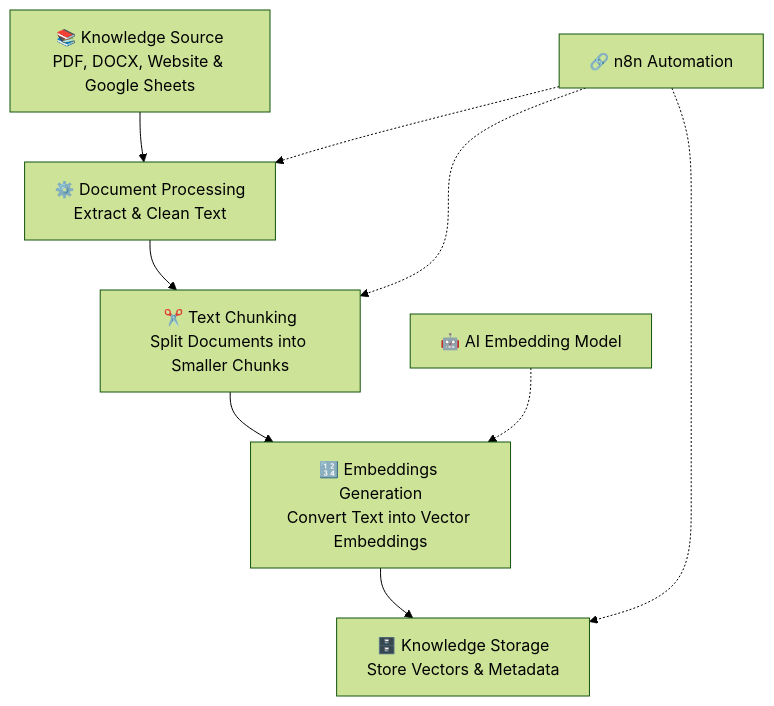
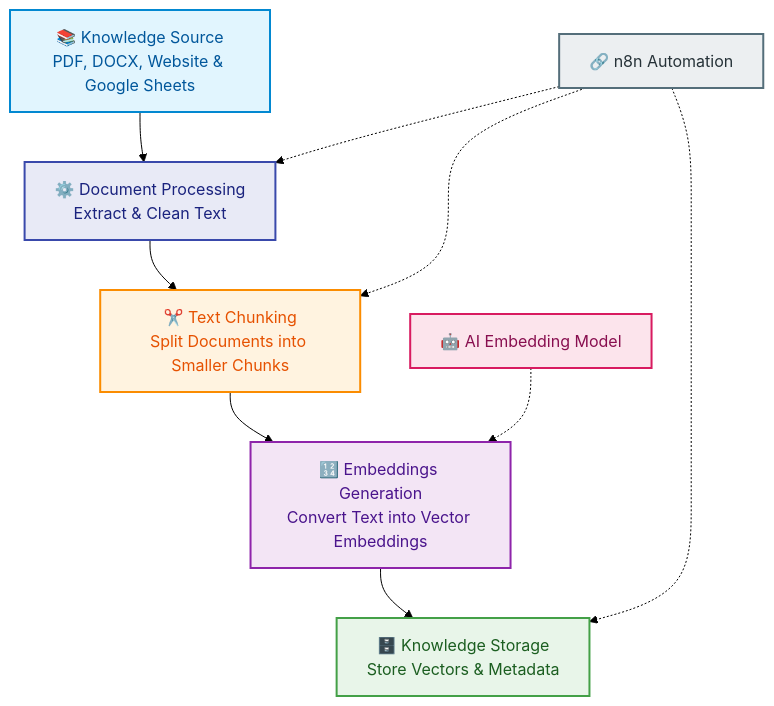
Before and after one commit to syedaliabbashamdani/rag-knowledge-base-chatbot: the first of 2 diagrams in README.md, drawn with Mermaid (forest theme). The commit also changed other lines of this file, not shown here.

````diff
--- a/README.md
+++ b/README.md
@@ -51,12 +52,20 @@
 ```mermaid
 flowchart TD
     A["📚 Knowledge Source<br/>PDF, DOCX, Website & Google Sheets"] --> B["⚙️ Document Processing<br/>Extract & Clean Text"]
     B --> C["✂️ Text Chunking<br/>Split Documents into Smaller Chunks"]
     C --> D["🔢 Embeddings Generation<br/>Convert Text into Vector Embeddings"]
     D --> E["🗄️ Knowledge Storage<br/>Store Vectors & Metadata"]
 
     F["🤖 AI Embedding Model"] -.-> D
     G["🔗 n8n Automation"] -.-> B
     G -.-> C
     G -.-> E
+
+    style A fill:#E1F5FE,stroke:#0288D1,stroke-width:2px,color:#01579B
+    style B fill:#E8EAF6,stroke:#3949AB,stroke-width:2px,color:#1A237E
+    style C fill:#FFF3E0,stroke:#FB8C00,stroke-width:2px,color:#E65100
+    style D fill:#F3E5F5,stroke:#8E24AA,stroke-width:2px,color:#4A148C
+    style E fill:#E8F5E9,stroke:#43A047,stroke-width:2px,color:#1B5E20
+    style F fill:#FCE4EC,stroke:#D81B60,stroke-width:2px,color:#880E4F
+    style G fill:#ECEFF1,stroke:#546E7A,stroke-width:2px,color:#263238
 ```
````
